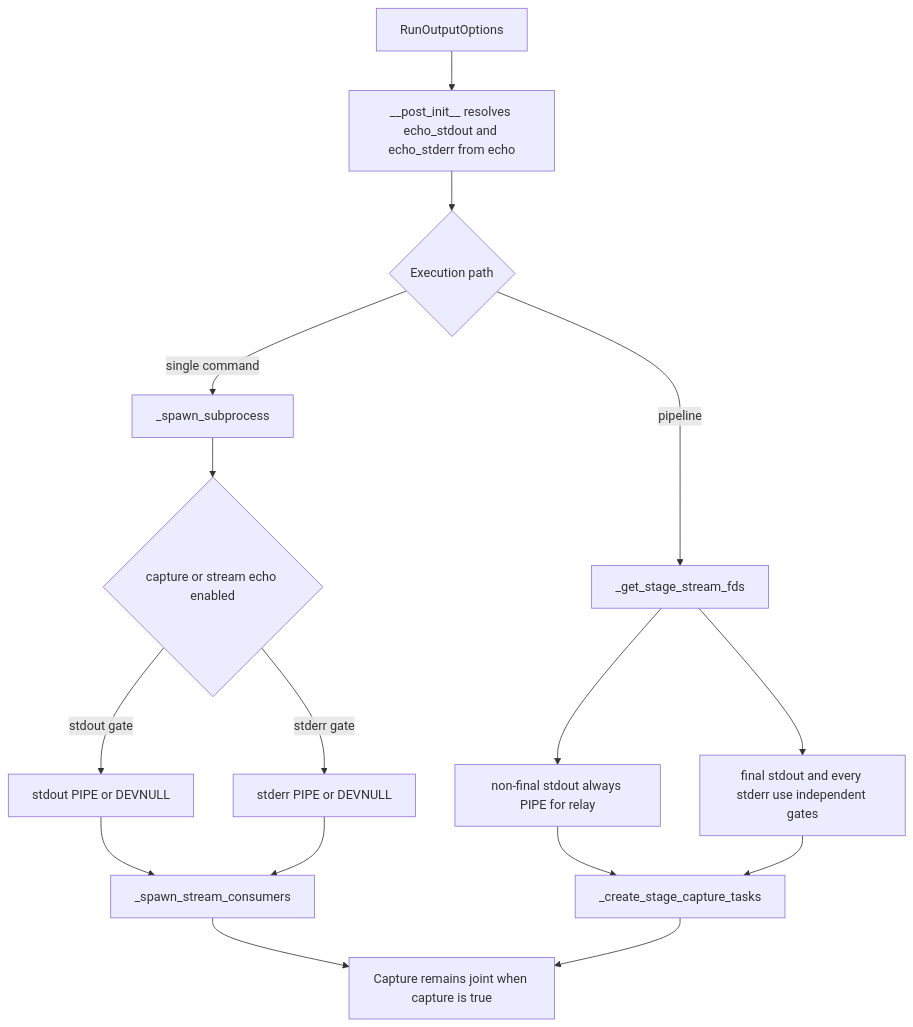
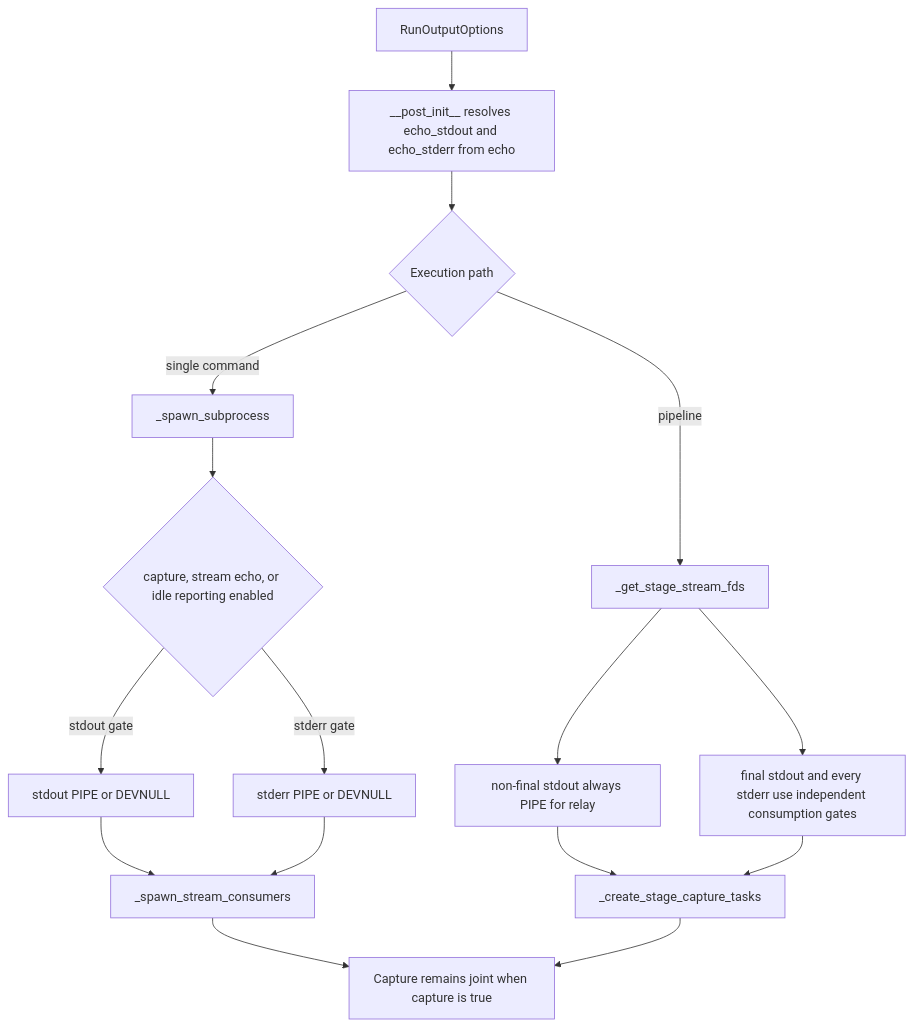
One commit to leynos/cuprum changed the second of 14 diagrams in docs/cuprum-design.md. Above: the diagram before and after it, drawn with Mermaid. The commit also changed other lines of this file and 1 other file, not shown here.

First line of the commit message:
Document the activity hook, the watchdog, and the gates it changes

````diff
--- a/docs/cuprum-design.md
+++ b/docs/cuprum-design.md
@@ -978,18 +991,18 @@
 ```mermaid
 flowchart TD
     A[RunOutputOptions] --> B[__post_init__ resolves echo_stdout and echo_stderr from echo]
     B --> C{Execution path}
     C -->|single command| D[_spawn_subprocess]
     C -->|pipeline| E[_get_stage_stream_fds]
-    D --> F{capture or stream echo enabled}
+    D --> F{capture, stream echo, or idle reporting enabled}
     F -->|stdout gate| G[stdout PIPE or DEVNULL]
     F -->|stderr gate| H[stderr PIPE or DEVNULL]
     G --> I[_spawn_stream_consumers]
     H --> I
     E --> J[non-final stdout always PIPE for relay]
-    E --> K[final stdout and every stderr use independent gates]
+    E --> K[final stdout and every stderr use independent consumption gates]
     J --> L[_create_stage_capture_tasks]
     K --> L
     I --> M[Capture remains joint when capture is true]
     L --> M
 ```
````
